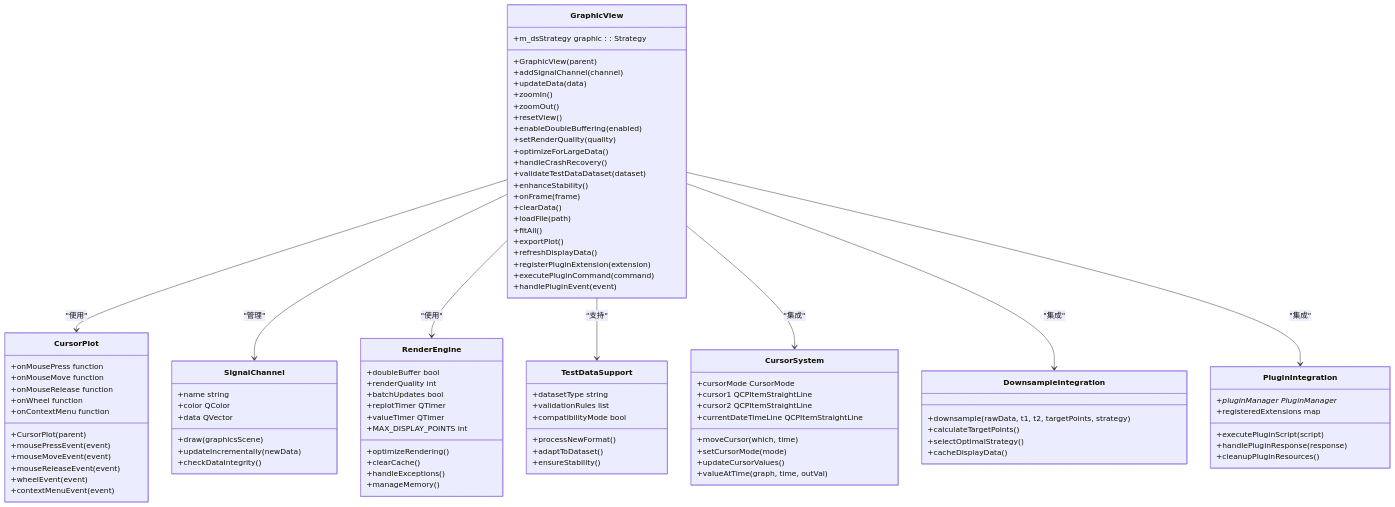
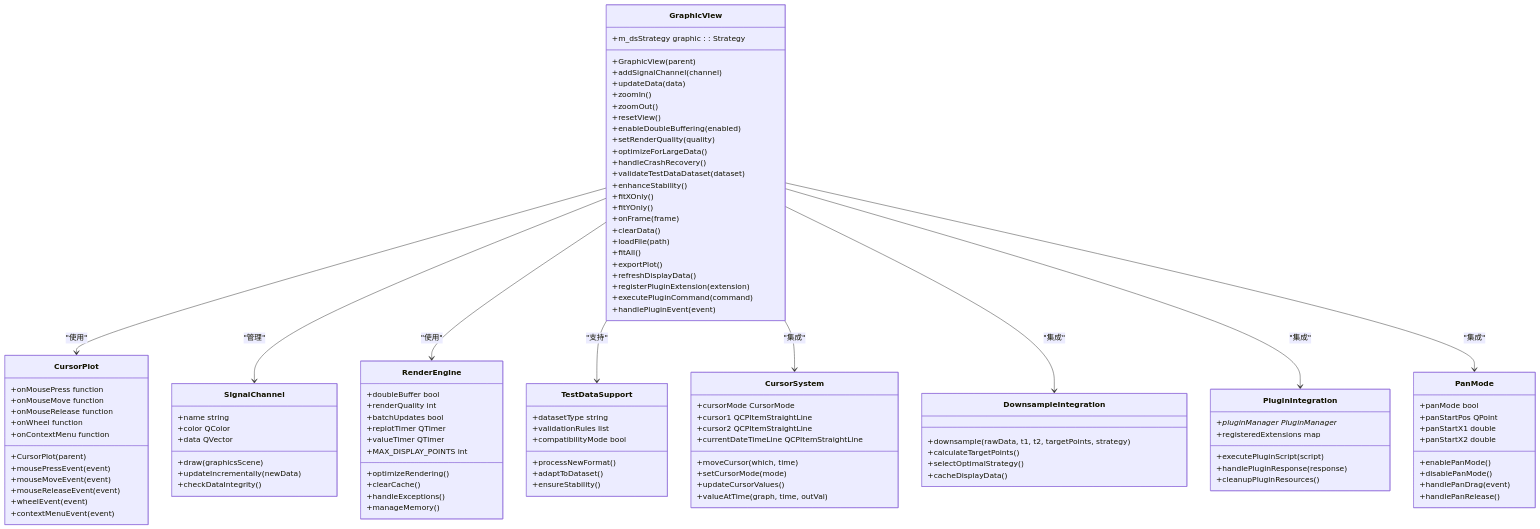
Before and after one commit to jakecai1225-design/OpenBus: diagram 28 of 47 in .qoder/repowiki/zh/content/架构设计/UI系统设计/UI系统设计.md, drawn with Mermaid. The commit also changed other lines of this file and 9 other files, not shown here.

````diff
--- a/.qoder/repowiki/zh/content/架构设计/UI系统设计/UI系统设计.md
+++ b/.qoder/repowiki/zh/content/架构设计/UI系统设计/UI系统设计.md
@@ -2095,6 +2102,8 @@
 +handleCrashRecovery()
 +validateTestDataDataset(dataset)
 +enhanceStability()
++fitXOnly()
++fitYOnly()
 +onFrame(frame)
 +clearData()
 +loadFile(path)
@@ -2170,6 +2179,16 @@
 +handlePluginResponse(response)
 +cleanupPluginResources()
 }
+class PanMode {
++panMode bool
++panStartPos QPoint
++panStartX1 double
++panStartX2 double
++enablePanMode()
++disablePanMode()
++handlePanDrag(event)
++handlePanRelease()
+}
 GraphicView --> CursorPlot : "使用"
 GraphicView --> SignalChannel : "管理"
 GraphicView --> RenderEngine : "使用"
@@ -2177,4 +2196,5 @@
 GraphicView --> CursorSystem : "集成"
 GraphicView --> DownsampleIntegration : "集成"
 GraphicView --> PluginIntegration : "集成"
+GraphicView --> PanMode : "集成"
 ```
````
